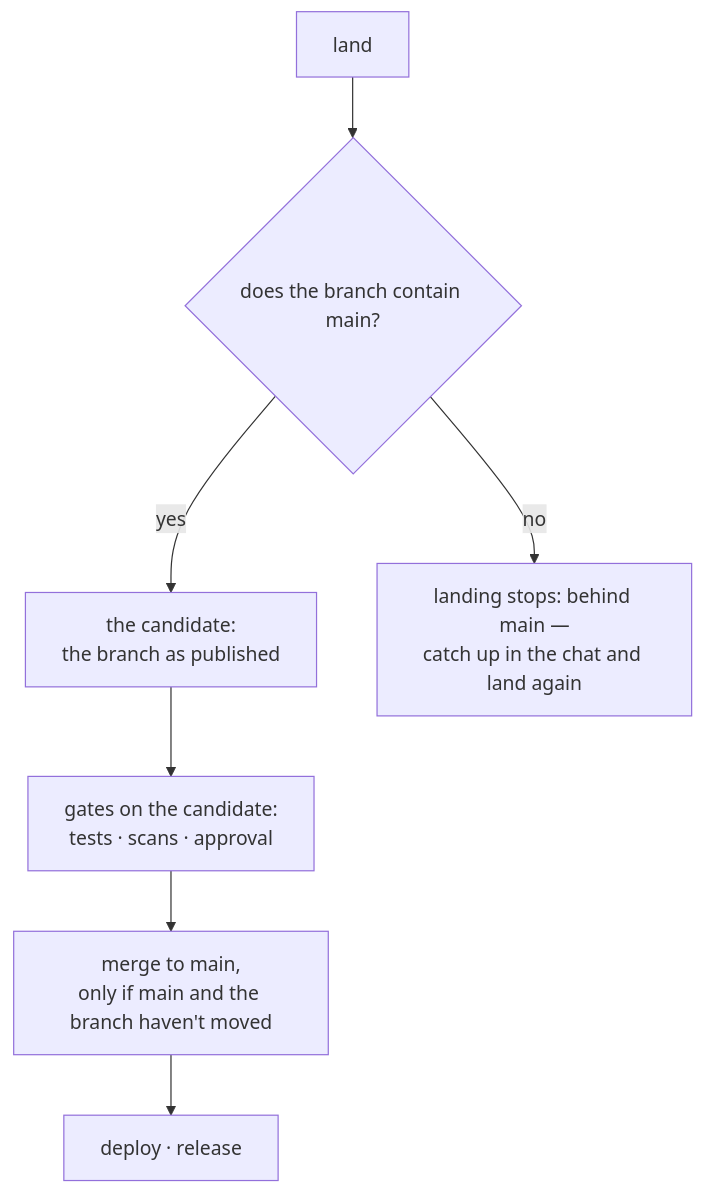
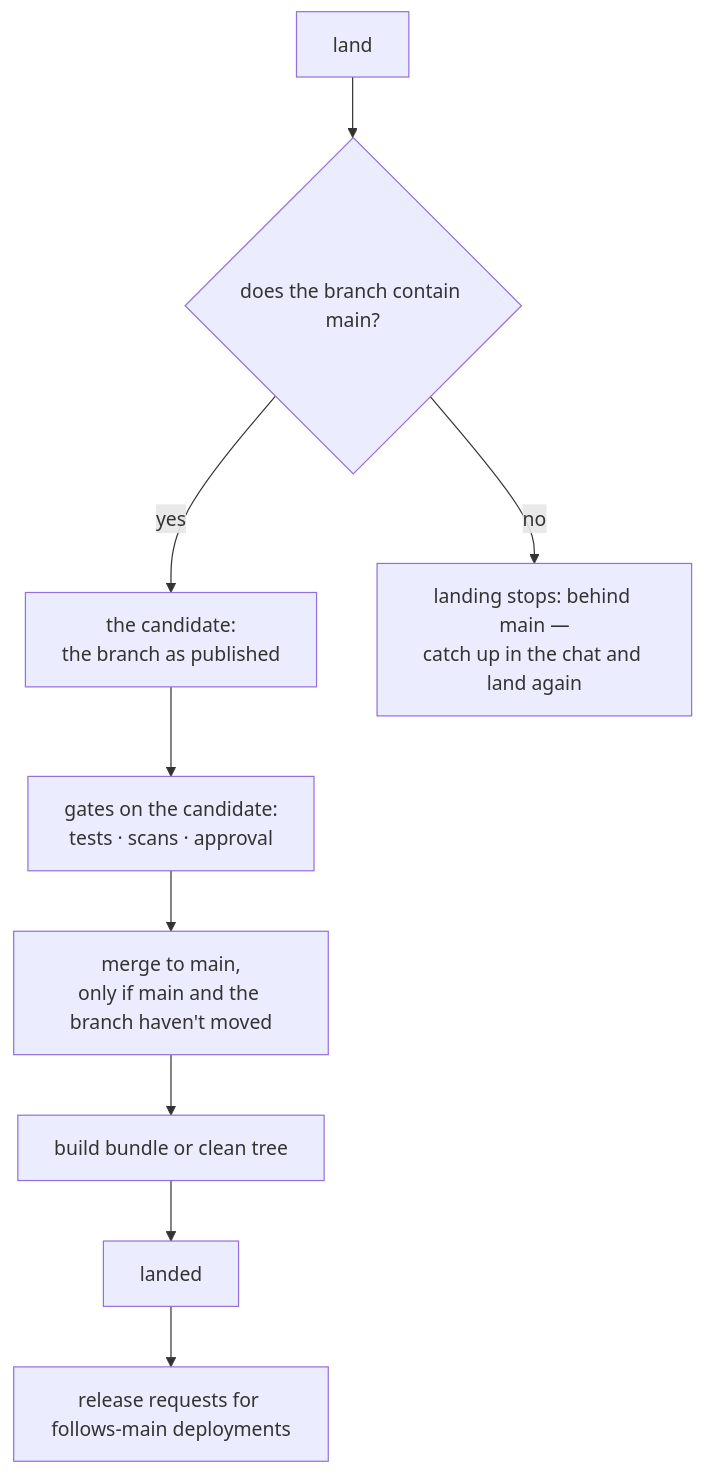
The second of 2 diagrams in stock/docs/guides/changes-and-main.md (flokkit/apptown), drawn with Mermaid before and after one commit. The commit also changed other lines of this file and 291 other files, not shown here.

````diff
--- a/stock/docs/guides/changes-and-main.md
+++ b/stock/docs/guides/changes-and-main.md
@@ -150,13 +150,15 @@
 ```mermaid
 flowchart TD
     S["land"] --> R{"does the branch contain main?"}
     R -->|yes| C["the candidate:
 the branch as published"]
     R -->|no| X["landing stops: behind main —
 catch up in the chat and land again"]
     C --> G["gates on the candidate:
 tests · scans · approval"]
     G --> MG["merge to main,
 only if main and the branch haven't moved"]
-    MG --> D["deploy · release"]
+    MG --> B["build bundle or clean tree"]
+    B --> L["landed"]
+    L --> D["release requests for follows-main deployments"]
 ```
````
